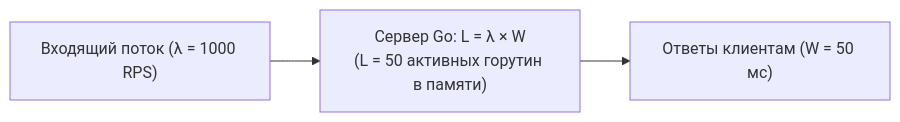
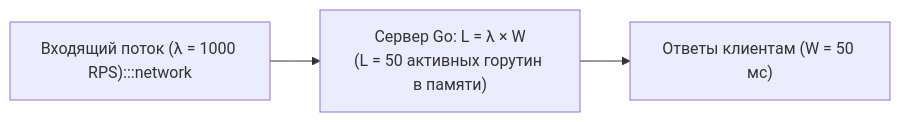
Before and after one commit to UnrealTemplier/go-textbook: the second of 4 diagrams in sources/16. Профилирование, отладка и производительность/01. Фундамент/2. Latency vs throughput.md, drawn with Mermaid. The commit also changed other lines of this file and 1666 other files, not shown here.

First line of the commit message:
feat(mermaid): add semantic color classDef to 1369 colorless flowchart/graph diagrams

````diff
--- a/sources/16. Профилирование, отладка и производительность/01. Фундамент/2. Latency vs throughput.md
+++ b/sources/16. Профилирование, отладка и производительность/01. Фундамент/2. Latency vs throughput.md
@@ -41,5 +51,15 @@
 ```mermaid
 flowchart LR
-    In["Входящий поток (λ = 1000 RPS)"] --> System["Сервер Go: L = λ × W<br/>(L = 50 активных горутин в памяти)"]
+    classDef process  fill:#1e293b,stroke:#38bdf8,stroke-width:1px,color:#f8fafc
+    classDef success  fill:#064e3b,stroke:#34d399,stroke-width:1px,color:#f8fafc
+    classDef error    fill:#7f1d1d,stroke:#f87171,stroke-width:1px,color:#f8fafc
+    classDef warning  fill:#78350f,stroke:#fbbf24,stroke-width:1px,color:#f8fafc
+    classDef entry    fill:#1e3a5f,stroke:#38bdf8,stroke-width:2px,color:#f8fafc
+    classDef aux      fill:#334155,stroke:#64748b,stroke-width:1px,color:#f8fafc
+    classDef system   fill:#312e81,stroke:#a78bfa,stroke-width:1px,color:#f8fafc
+    classDef data     fill:#132d29,stroke:#2dd4bf,stroke-width:1px,color:#f8fafc
+    classDef network  fill:#881337,stroke:#fb7185,stroke-width:1px,color:#f8fafc
+    classDef accent   fill:#1e1b4b,stroke:#818cf8,stroke-width:1px,color:#f8fafc
+    In["Входящий поток (λ = 1000 RPS):::network"] --> System["Сервер Go: L = λ × W<br/>(L = 50 активных горутин в памяти)"]
     System --> Out["Ответы клиентам (W = 50 мс)"]
 ```
````
